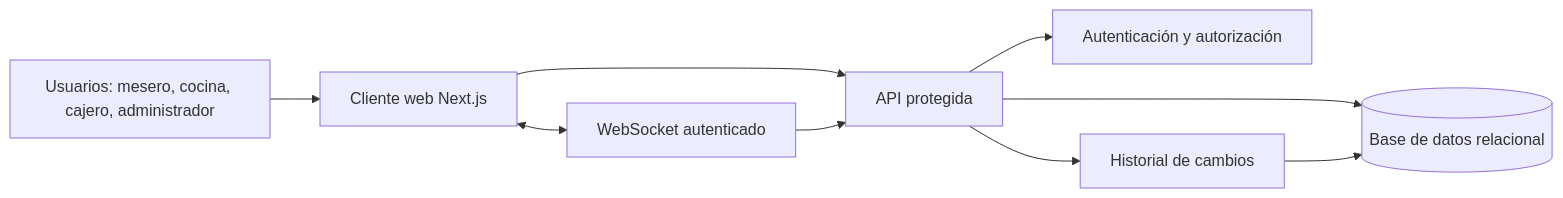
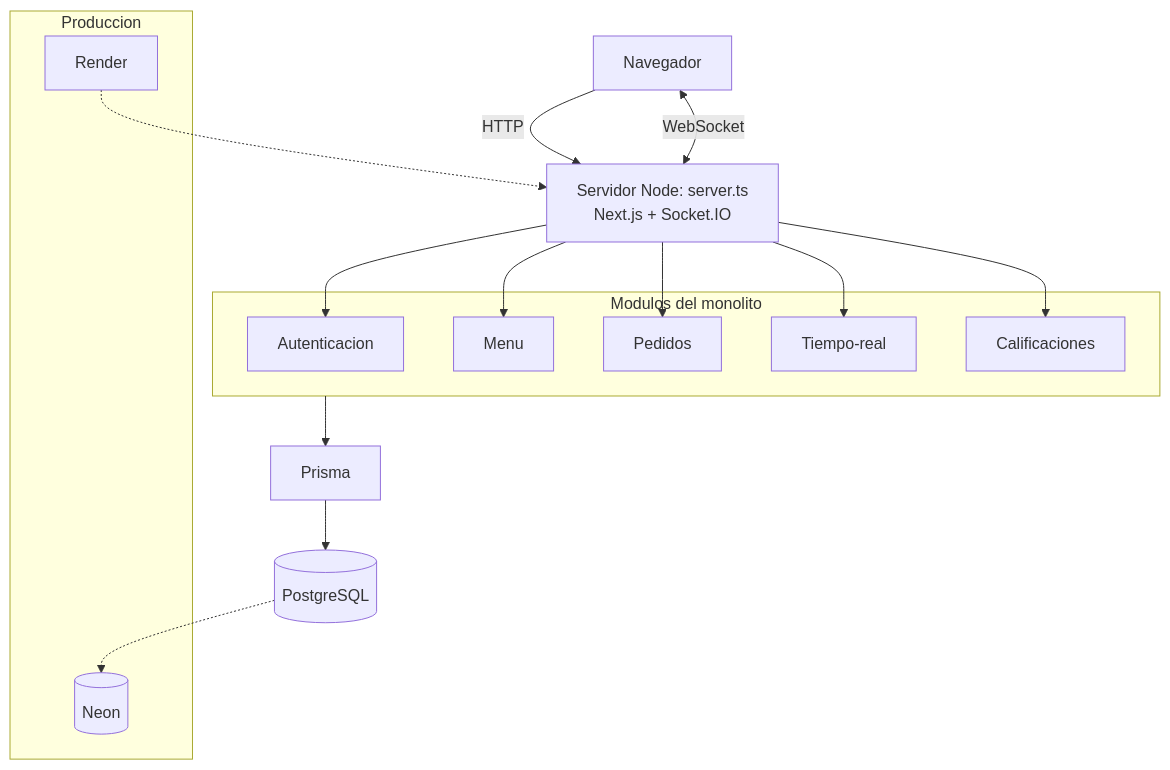
Before and after one commit to abi-cvc/Orderix: the diagram in docs/arquitectura.md, drawn with Mermaid. The commit also changed other lines of this file and 2 other files, not shown here.

Commit message:
docs: corrige diagramas de arquitectura y datos

````diff
--- a/docs/arquitectura.md
+++ b/docs/arquitectura.md
@@ -3,11 +3,32 @@
 ```mermaid
-flowchart LR
-    U[Usuarios: mesero, cocina, cajero, administrador] --> UI[Cliente web Next.js]
-    UI --> API[API protegida]
-    UI <--> WS[WebSocket autenticado]
-    API --> AUTH[Autenticación y autorización]
-    API --> DB[(Base de datos relacional)]
-    WS --> API
-    API --> AUDIT[Historial de cambios]
-    AUDIT --> DB
+flowchart TB
+    N[Navegador]
+    S[Servidor Node: server.ts<br/>Next.js + Socket.IO]
+
+    N -->|HTTP| S
+    N <-->|WebSocket| S
+
+    subgraph MOD[Modulos del monolito]
+        AUTH[Autenticacion]
+        MENU[Menu]
+        PED[Pedidos]
+        RT[Tiempo-real]
+        CAL[Calificaciones]
+    end
+
+    S --> AUTH
+    S --> MENU
+    S --> PED
+    S --> RT
+    S --> CAL
+    MOD --> PRISMA[Prisma]
+    PRISMA --> DB[(PostgreSQL)]
+
+    subgraph PROD[Produccion]
+        R[Render]
+        NEON[(Neon)]
+    end
+
+    R -.-> S
+    DB -.-> NEON
 ```
````
